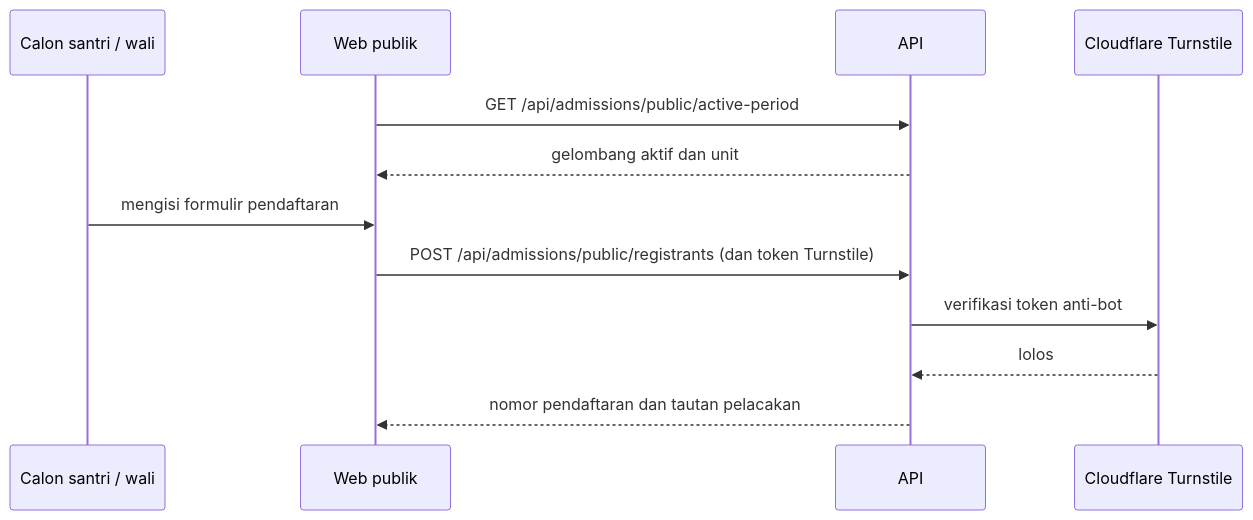
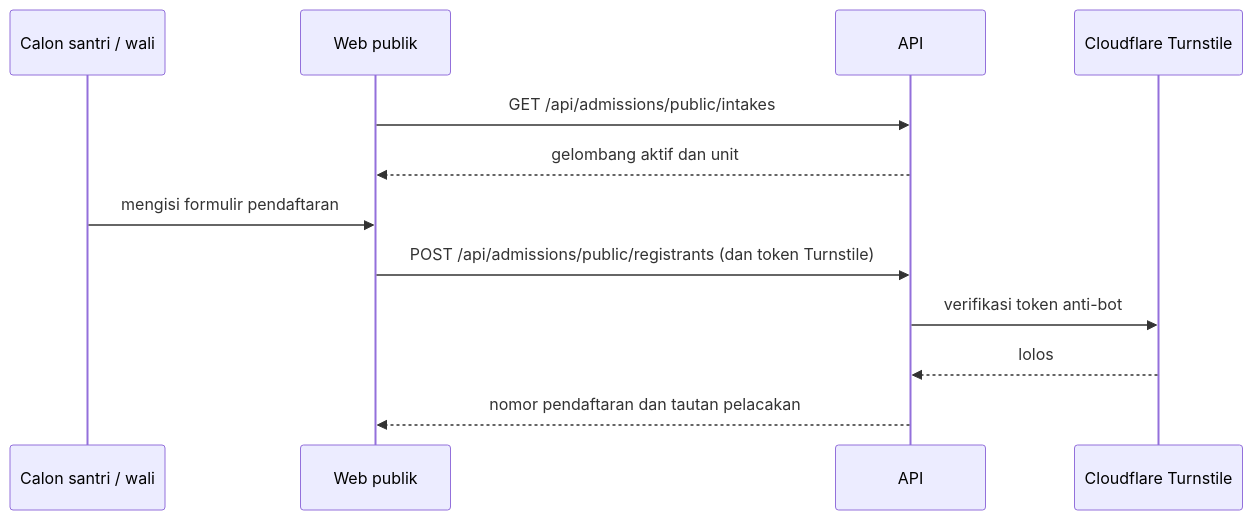
The ninth of 11 diagrams in docs/DOKUMEN-TEKNIS.md (ypcipansor/cipansor), drawn with Mermaid before and after one commit. The commit also changed other lines of this file and 1 other file, not shown here.

````diff
--- a/docs/DOKUMEN-TEKNIS.md
+++ b/docs/DOKUMEN-TEKNIS.md
@@ -406,15 +407,15 @@
 ```mermaid
 %% caption: Urutan pendaftaran publik pada SPMB
 sequenceDiagram
   participant C as Calon santri / wali
   participant W as Web publik
   participant A as API
   participant T as Cloudflare Turnstile
-  W->>A: GET /api/admissions/public/active-period
+  W->>A: GET /api/admissions/public/intakes
   A-->>W: gelombang aktif dan unit
   C->>W: mengisi formulir pendaftaran
   W->>A: POST /api/admissions/public/registrants (dan token Turnstile)
   A->>T: verifikasi token anti-bot
   T-->>A: lolos
   A-->>W: nomor pendaftaran dan tautan pelacakan
 ```
````
